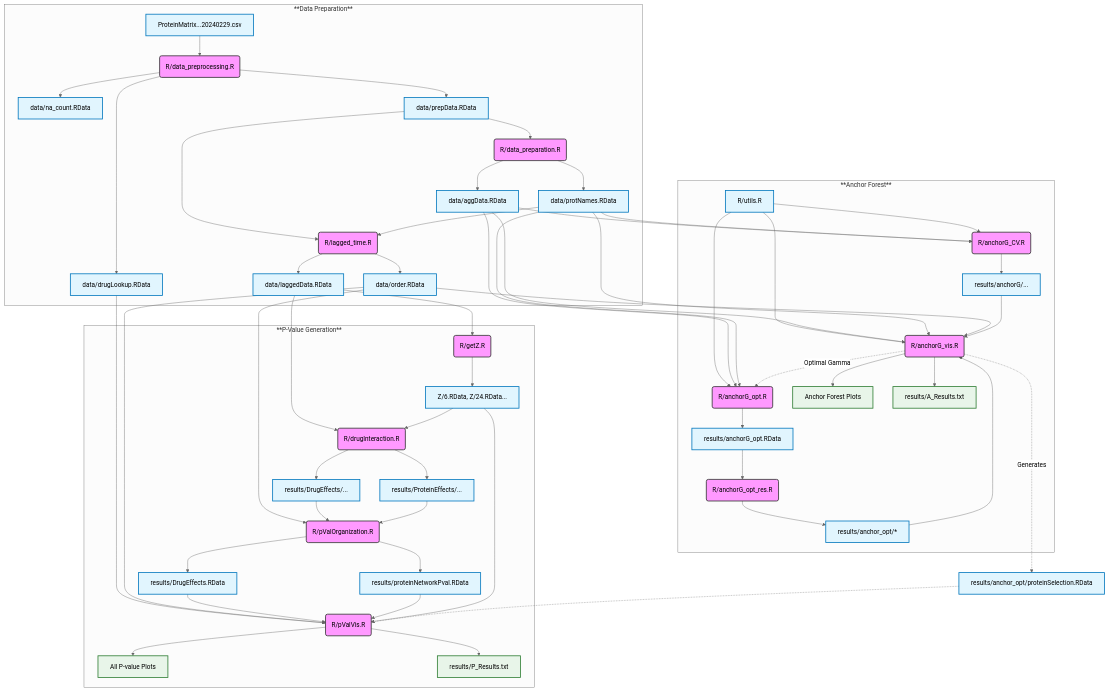
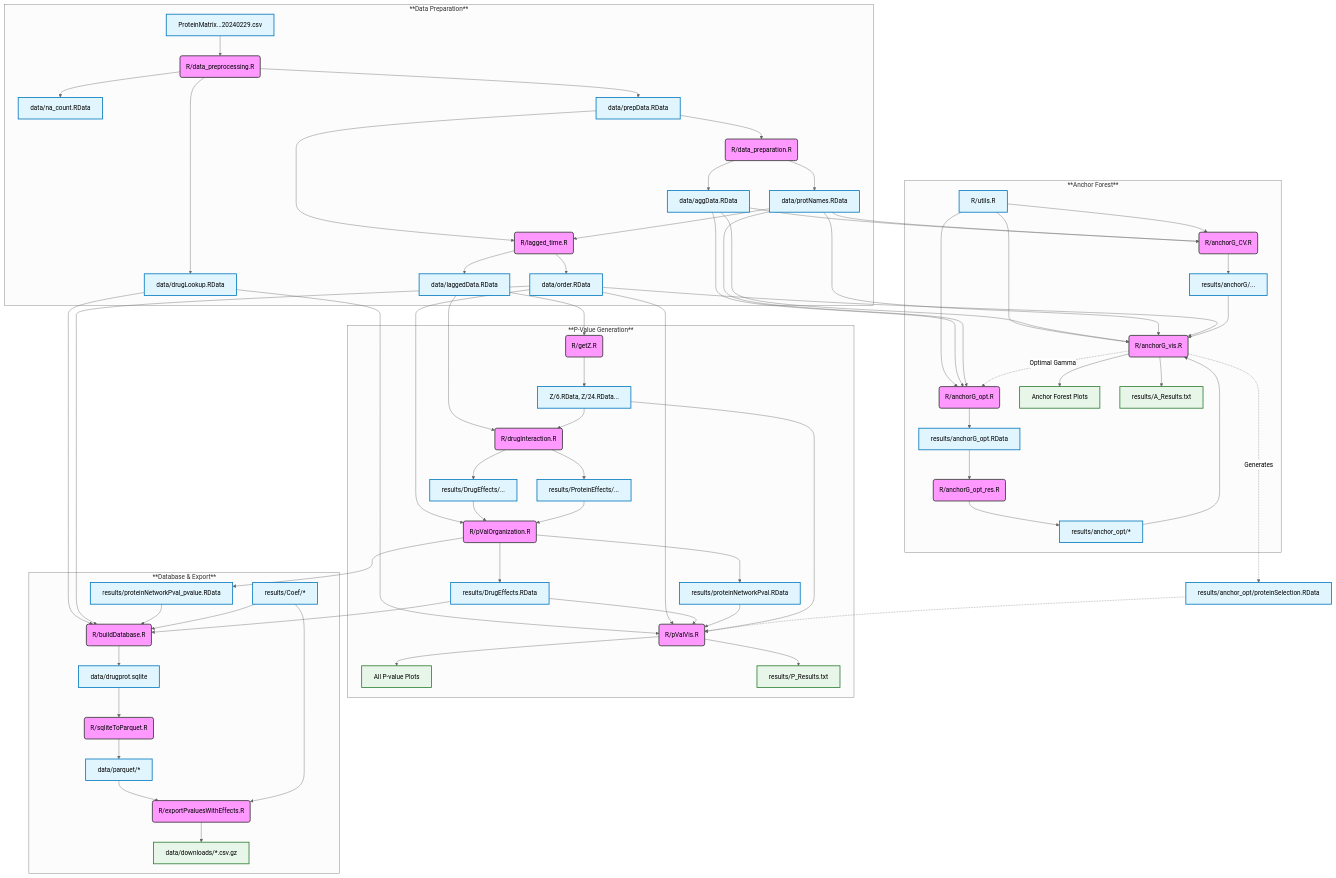
Before and after one commit to markusul/DrugProt-Paper: the diagram in README.md, drawn with Mermaid (neutral theme). The commit also changed other lines of this file, not shown here.

```diff
--- a/README.md
+++ b/README.md
@@ -137,6 +158,24 @@
         S11 --> Out4[results/A_Results.txt]:::output
     end
     
+    subgraph Database ["**Database & Export**"]
+        S12(R/buildDatabase.R):::script
+        S13(R/sqliteToParquet.R):::script
+        S14(R/exportPvaluesWithEffects.R):::script
+
+        Coef[results/Coef/*]:::file
+        R8[results/proteinNetworkPval_pvalue.RData]:::file
+
+        D1 & D6 & R3 & R8 & Coef --> S12
+        S12 --> DB[data/drugprot.sqlite]:::file
+        DB --> S13
+        S13 --> PQ[data/parquet/*]:::file
+        PQ & Coef --> S14
+        S14 --> CSV[data/downloads/*.csv.gz]:::output
+    end
+
+    S6 --> R8
+
     %% Connect visualization back to data if needed
     S11 -.->|Generates| Sel[results/anchor_opt/proteinSelection.RData]:::file
     Sel -.-> S7
```
